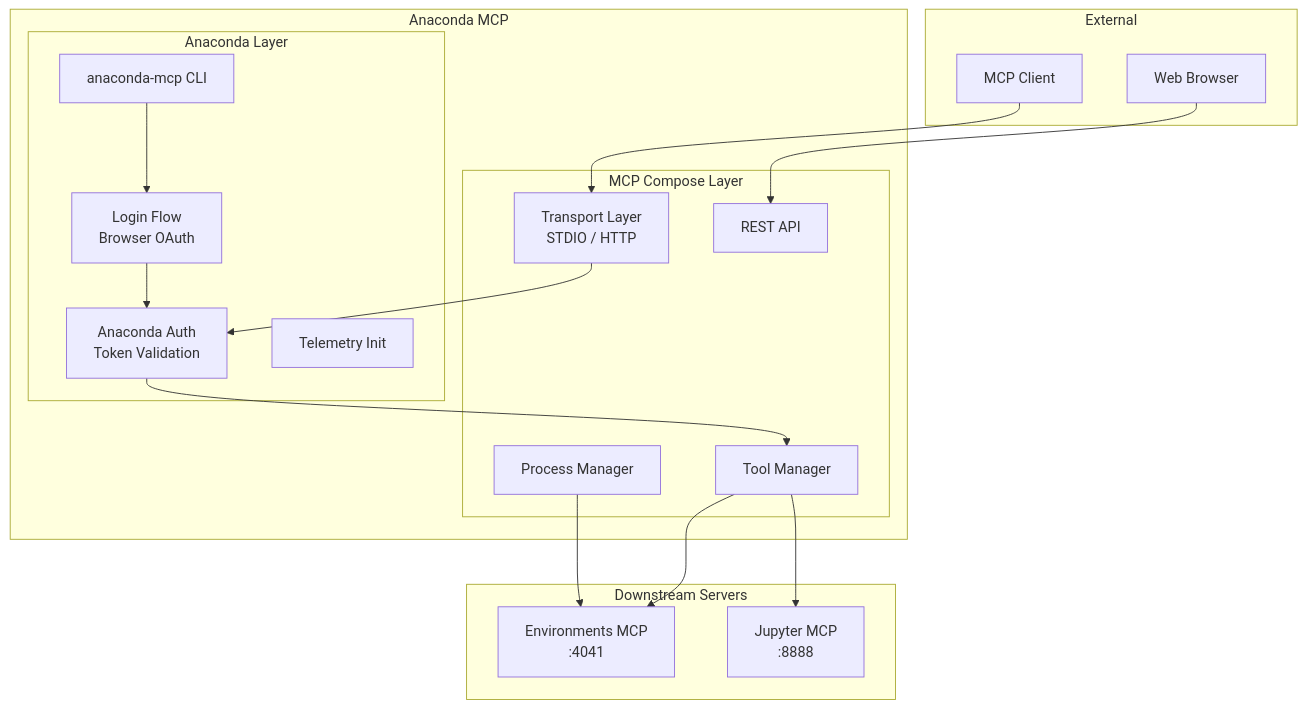
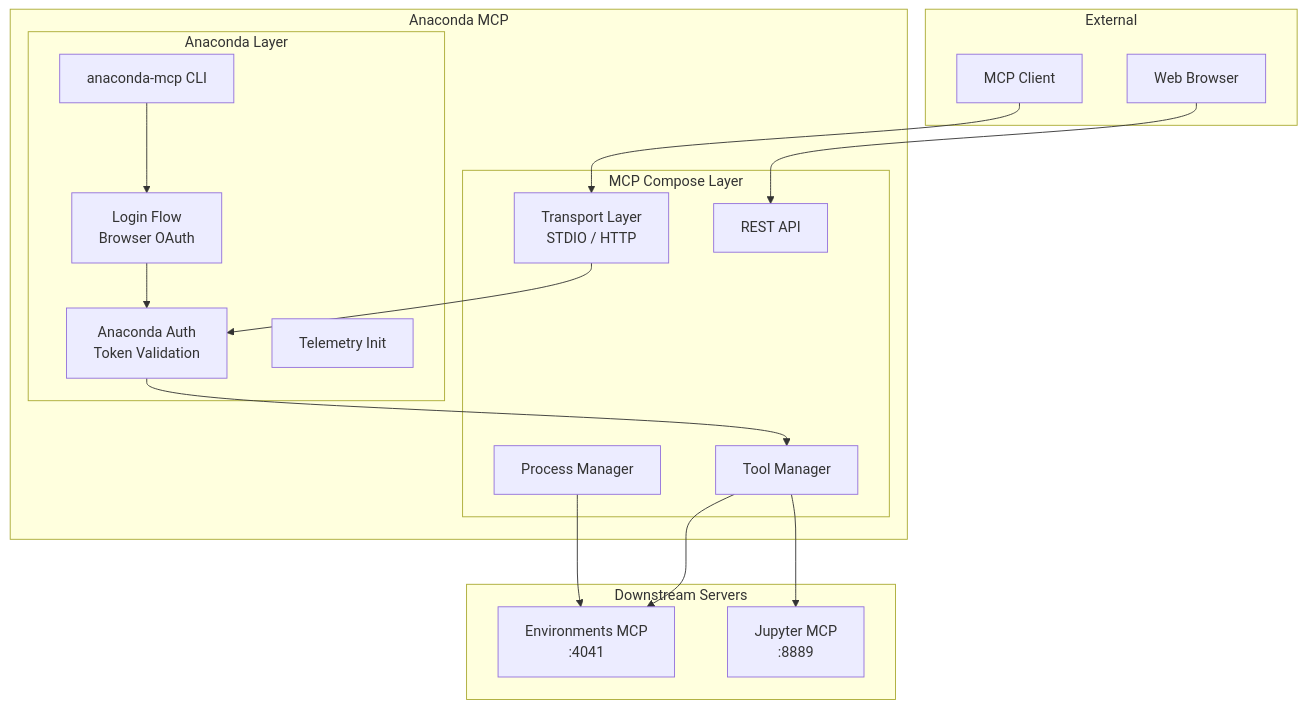
One commit to anaconda/anaconda-mcp changed the second of 6 diagrams in docs/ARCHITECTURE.md. Above: the diagram before and after it, drawn with Mermaid. The commit also changed other lines of this file, not shown here.

````diff
--- a/docs/ARCHITECTURE.md
+++ b/docs/ARCHITECTURE.md
@@ -75,38 +75,38 @@
 ```mermaid
 graph TD
     subgraph External
         Client[MCP Client]
         Browser[Web Browser]
     end
 
     subgraph "Anaconda MCP"
         subgraph "Anaconda Layer"
             CLI[anaconda-mcp CLI]
             AnacondaAuth[Anaconda Auth<br/>Token Validation]
             Login[Login Flow<br/>Browser OAuth]
             Telemetry[Telemetry Init]
         end
         
         subgraph "MCP Compose Layer"
             Transport[Transport Layer<br/>STDIO / HTTP]
             ToolMgr[Tool Manager]
             ProcMgr[Process Manager]
             API[REST API]
         end
     end
     
     subgraph "Downstream Servers"
         ENV[Environments MCP<br/>:4041]
-        JUP[Jupyter MCP<br/>:8888]
+        JUP[Jupyter MCP<br/>:8889]
     end
     
     Client --> Transport
     Browser --> API
     CLI --> Login
     Login --> AnacondaAuth
     Transport --> AnacondaAuth
     AnacondaAuth --> ToolMgr
     ToolMgr --> ENV
     ToolMgr --> JUP
     ProcMgr --> ENV
 ```
````
